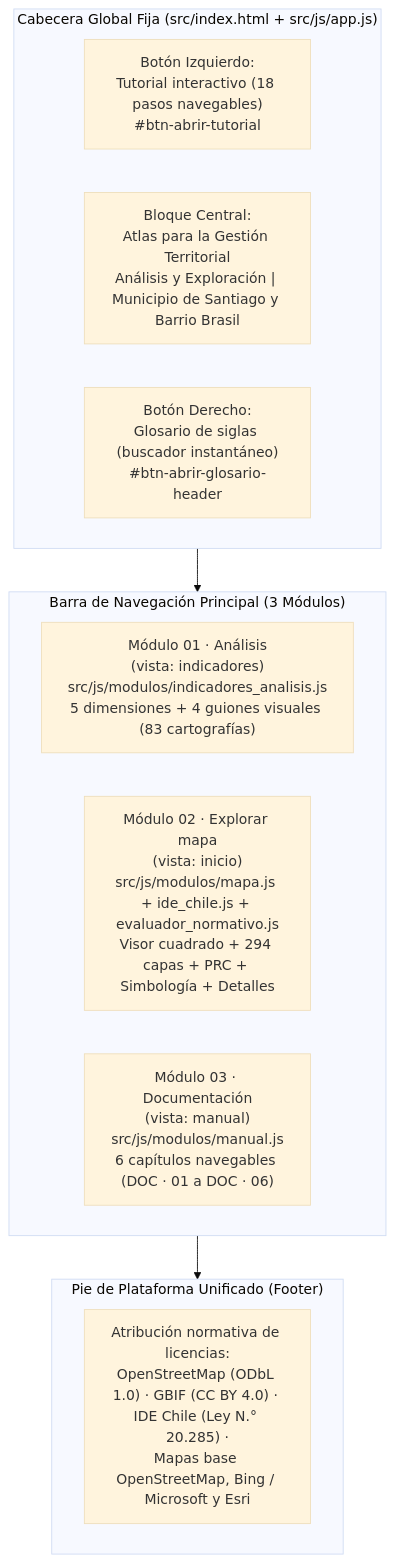
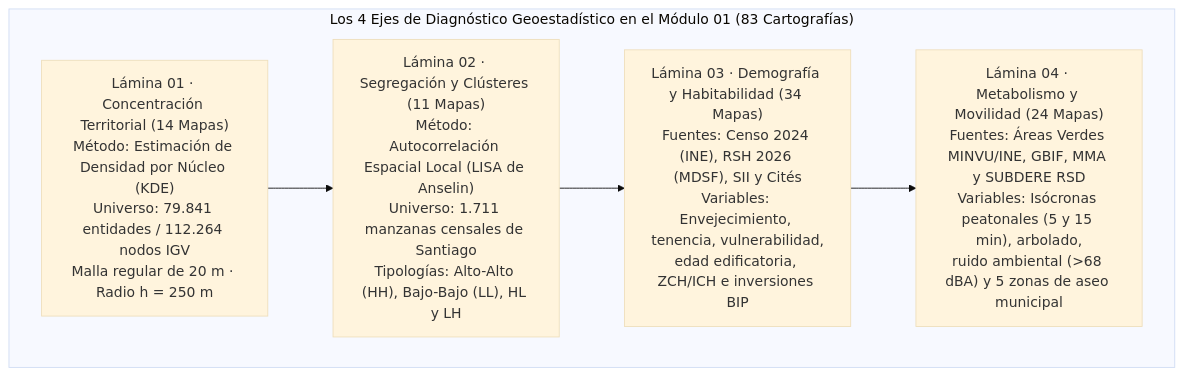
The eighth of 15 diagrams in src/docs/MANUAL_ACTUALIZACION_ATLAS.md (GEOJOTA/atlas-vgi-barrio-brasil), drawn with Mermaid (base theme) before and after one commit. The commit also changed other lines of this file and 8 other files, not shown here.

Commit message:
docs(prototipo-02): robustecer y expandir manual de actualizacion, diagramas y documentacion navegable (v65)

````diff
--- a/src/docs/MANUAL_ACTUALIZACION_ATLAS.md
+++ b/src/docs/MANUAL_ACTUALIZACION_ATLAS.md
@@ -559,20 +434,11 @@
 ```mermaid
 flowchart TD
-    subgraph HEADER["Cabecera Global Fija (src/index.html + src/js/app.js)"]
-        TUT["Botón Izquierdo:\nTutorial interactivo (18 pasos navegables)\n#btn-abrir-tutorial"]
-        TIT["Bloque Central:\nAtlas para la Gestión Territorial\nAnálisis y Exploración | Municipio de Santiago y Barrio Brasil"]
-        GLO["Botón Derecho:\nGlosario de siglas (buscador instantáneo)\n#btn-abrir-glosario-header"]
+    subgraph M01_DIAG["Los 4 Ejes de Diagnóstico Geoestadístico en el Módulo 01 (83 Cartografías)"]
+        L1["Lámina 01 · Concentración Territorial (14 Mapas)\nMétodo: Estimación de Densidad por Núcleo (KDE)\nUniverso: 79.841 entidades / 112.264 nodos IGV\nMalla regular de 20 m · Radio h = 250 m"]
+        L2["Lámina 02 · Segregación y Clústeres (11 Mapas)\nMétodo: Autocorrelación Espacial Local (LISA de Anselin)\nUniverso: 1.711 manzanas censales de Santiago\nTipologías: Alto-Alto (HH), Bajo-Bajo (LL), HL y LH"]
+        L3["Lámina 03 · Demografía y Habitabilidad (34 Mapas)\nFuentes: Censo 2024 (INE), RSH 2026 (MDSF), SII y Cités\nVariables: Envejecimiento, tenencia, vulnerabilidad,\nedad edificatoria, ZCH/ICH e inversiones BIP"]
+        L4["Lámina 04 · Metabolismo y Movilidad (24 Mapas)\nFuentes: Áreas Verdes MINVU/INE, GBIF, MMA y SUBDERE RSD\nVariables: Isócronas peatonales (5 y 15 min), arbolado,\nruido ambiental (>68 dBA) y 5 zonas de aseo municipal"]
     end
 
-    subgraph NAV["Barra de Navegación Principal (3 Módulos)"]
-        M01["Módulo 01 · Análisis\n(vista: indicadores)\nsrc/js/modulos/indicadores_analisis.js\n5 dimensiones + 4 guiones visuales (83 cartografías)"]
-        M02["Módulo 02 · Explorar mapa\n(vista: inicio)\nsrc/js/modulos/mapa.js + ide_chile.js + evaluador_normativo.js\nVisor cuadrado + 294 capas + PRC + Simbología + Detalles"]
-        M03["Módulo 03 · Documentación\n(vista: manual)\nsrc/js/modulos/manual.js\n6 capítulos navegables (DOC · 01 a DOC · 06)"]
-    end
-
-    subgraph FOOTER["Pie de Plataforma Unificado (Footer)"]
-        LIC["Atribución normativa de licencias:\nOpenStreetMap (ODbL 1.0) · GBIF (CC BY 4.0) · IDE Chile (Ley N.° 20.285) ·\nMapas base OpenStreetMap, Bing / Microsoft y Esri"]
-    end
-
-    HEADER --> NAV --> FOOTER
+    L1 --> L2 --> L3 --> L4
 ```
````
